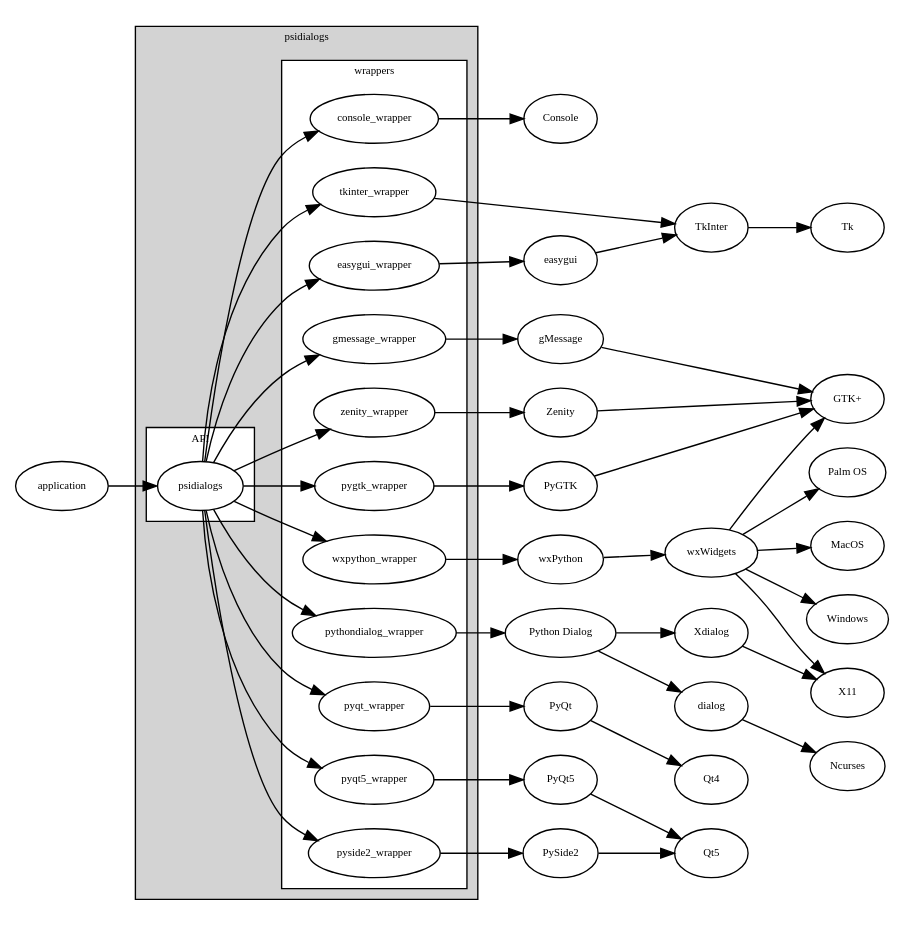
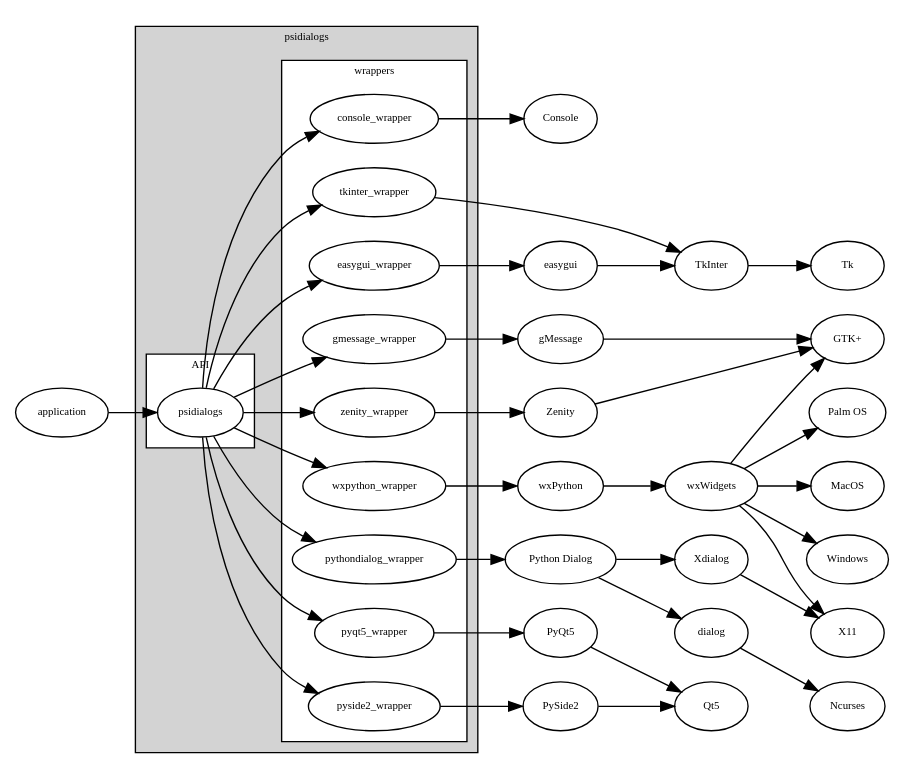
One commit to ponty/psidialogs changed the diagram in doc/hierarchy.dot. Above: the diagram before and after it, drawn with Graphviz. The commit also changed 17 other files, not shown here.

Commit message:
remove pygtk,pyqt backends

```diff
--- a/doc/hierarchy.dot
+++ b/doc/hierarchy.dot
@@ -1,55 +1,51 @@
 digraph G {
 rankdir=LR;
 node [fontsize=8];
 fontsize=8;
 
 subgraph cluster_0 {
 	label = "psidialogs";
 	style=filled;
 	fillcolor=lightgrey;
 	subgraph cluster_1 {
 		label = "API";
 		style=filled;
 		fillcolor=white;
 
 		psidialogs;
 	}
 	subgraph cluster_2 {
 		style=filled;
 		fillcolor=white;
 		label = "wrappers";
 
 		psidialogs -> console_wrapper;
 		psidialogs -> easygui_wrapper;
 		psidialogs -> gmessage_wrapper;
-		psidialogs -> pygtk_wrapper;
-		psidialogs -> pyqt_wrapper;
 		psidialogs -> pyqt5_wrapper;
 		psidialogs -> pyside2_wrapper;
 		psidialogs -> pythondialog_wrapper;
 		psidialogs -> tkinter_wrapper;
 		psidialogs -> wxpython_wrapper;
 		psidialogs -> zenity_wrapper;
 	}
 }
 console_wrapper -> Console;
 easygui_wrapper -> easygui -> TkInter -> Tk;
 gmessage_wrapper -> gMessage -> "GTK+";
-pyqt_wrapper -> PyQt -> Qt4;
 pyqt5_wrapper -> PyQt5 -> Qt5;
 pyside2_wrapper -> PySide2 -> Qt5;
 pythondialog_wrapper -> "Python Dialog" -> Xdialog -> X11;
 "Python Dialog"  -> dialog -> Ncurses;
 tkinter_wrapper -> TkInter;
 zenity_wrapper -> Zenity -> "GTK+";
 
-pygtk_wrapper -> PyGTK -> "GTK+";
 wxpython_wrapper -> wxPython -> wxWidgets;
 wxWidgets -> "GTK+";
 wxWidgets -> MacOS;
 wxWidgets -> Windows;
 wxWidgets -> "Palm OS";
 wxWidgets -> X11;
 
 application -> psidialogs;
 }
```
